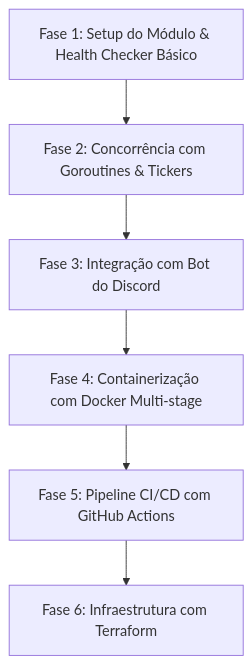
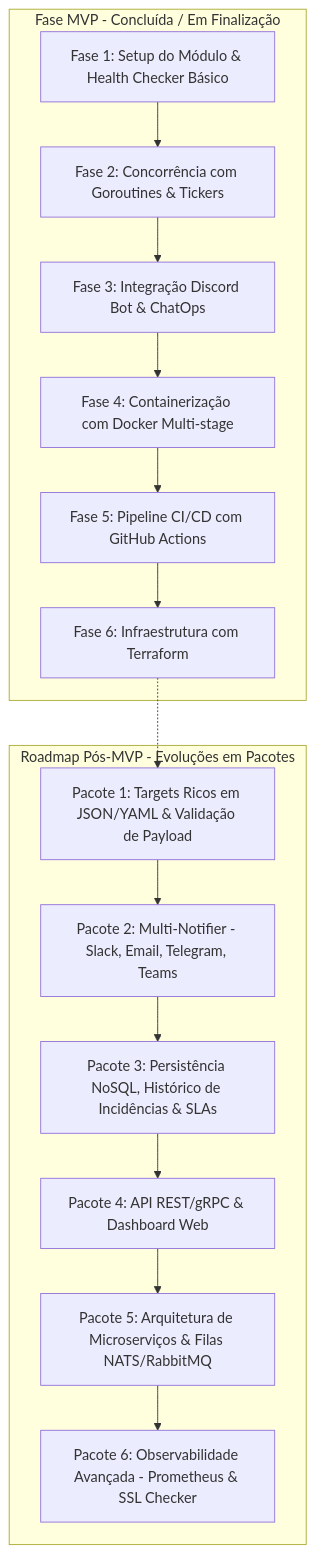
Before and after one commit to DaviRodrigues/opspulse: the diagram in docs/PROJECT_PLAN.md, drawn with Mermaid. The commit also changed other lines of this file, not shown here.

Commit message:
docs: enhance PROJECT_PLAN with detailed MVP objectives and roadmap updates

````diff
--- a/docs/PROJECT_PLAN.md
+++ b/docs/PROJECT_PLAN.md
@@ -71,8 +74,19 @@
 ```mermaid
 flowchart TD
-    F1[Fase 1: Setup do Módulo & Health Checker Básico] --> F2[Fase 2: Concorrência com Goroutines & Tickers]
-    F2 --> F3[Fase 3: Integração com Bot do Discord]
-    F3 --> F4[Fase 4: Containerização com Docker Multi-stage]
-    F4 --> F5[Fase 5: Pipeline CI/CD com GitHub Actions]
-    F5 --> F6[Fase 6: Infraestrutura com Terraform]
+    subgraph MVP [Fase MVP - Concluída / Em Finalização]
+        F1[Fase 1: Setup do Módulo & Health Checker Básico] --> F2[Fase 2: Concorrência com Goroutines & Tickers]
+        F2 --> F3[Fase 3: Integração Discord Bot & ChatOps]
+        F3 --> F4[Fase 4: Containerização com Docker Multi-stage]
+        F4 --> F5[Fase 5: Pipeline CI/CD com GitHub Actions]
+        F5 --> F6[Fase 6: Infraestrutura com Terraform]
+    end
+
+    subgraph Evolucao [Roadmap Pós-MVP - Evoluções em Pacotes]
+        F6 -.-> P1[Pacote 1: Targets Ricos em JSON/YAML & Validação de Payload]
+        P1 --> P2[Pacote 2: Multi-Notifier - Slack, Email, Telegram, Teams]
+        P2 --> P3[Pacote 3: Persistência NoSQL, Histórico de Incidências & SLAs]
+        P3 --> P4[Pacote 4: API REST/gRPC & Dashboard Web]
+        P4 --> P5[Pacote 5: Arquitetura de Microserviços & Filas NATS/RabbitMQ]
+        P5 --> P6[Pacote 6: Observabilidade Avançada - Prometheus & SSL Checker]
+    end
 ```
````
